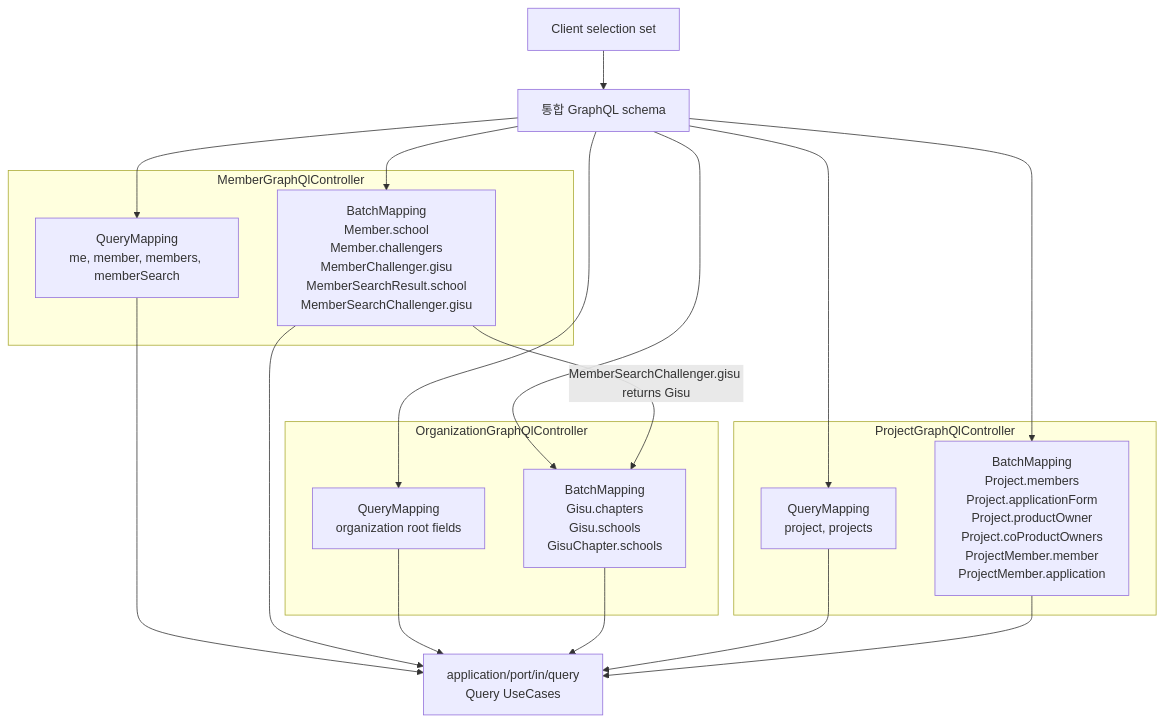
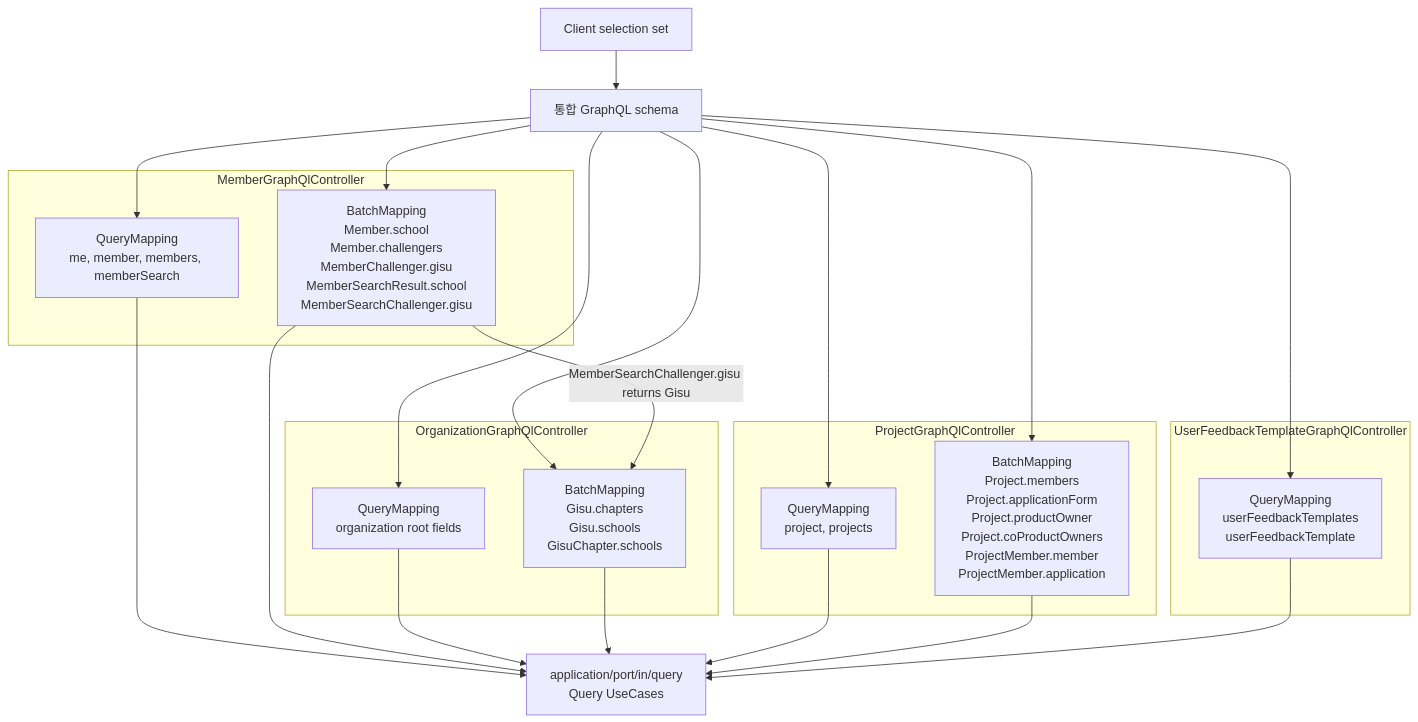
The third of 3 diagrams in docs/onboarding/graphql.md (UMC-PRODUCT/cygnus-server), drawn with Mermaid before and after one commit. The commit also changed other lines of this file and 1 other file, not shown here.

First line of the commit message:
docs(graphql): document feedback template queries

````diff
--- a/docs/onboarding/graphql.md
+++ b/docs/onboarding/graphql.md
@@ -131,39 +188,45 @@
 ```mermaid
 flowchart TB
     CLIENT["Client selection set"]
     SCHEMA["통합 GraphQL schema"]
 
     subgraph MEMBER_ADAPTER["MemberGraphQlController"]
         MEMBER_QUERY["QueryMapping<br/>me, member, members, memberSearch"]
         MEMBER_BATCH["BatchMapping<br/>Member.school<br/>Member.challengers<br/>MemberChallenger.gisu<br/>MemberSearchResult.school<br/>MemberSearchChallenger.gisu"]
     end
 
     subgraph ORG_ADAPTER["OrganizationGraphQlController"]
         ORG_QUERY["QueryMapping<br/>organization root fields"]
         ORG_BATCH["BatchMapping<br/>Gisu.chapters<br/>Gisu.schools<br/>GisuChapter.schools"]
     end
 
     subgraph PROJECT_ADAPTER["ProjectGraphQlController"]
         PROJECT_QUERY["QueryMapping<br/>project, projects"]
         PROJECT_BATCH["BatchMapping<br/>Project.members<br/>Project.applicationForm<br/>Project.productOwner<br/>Project.coProductOwners<br/>ProjectMember.member<br/>ProjectMember.application"]
     end
 
+    subgraph FEEDBACK_ADAPTER["UserFeedbackTemplateGraphQlController"]
+        FEEDBACK_QUERY["QueryMapping<br/>userFeedbackTemplates<br/>userFeedbackTemplate"]
+    end
+
     PORTS["application/port/in/query<br/>Query UseCases"]
 
     CLIENT --> SCHEMA
     SCHEMA --> MEMBER_QUERY
     SCHEMA --> ORG_QUERY
     SCHEMA --> PROJECT_QUERY
     SCHEMA --> MEMBER_BATCH
     SCHEMA --> ORG_BATCH
     SCHEMA --> PROJECT_BATCH
+    SCHEMA --> FEEDBACK_QUERY
 
     MEMBER_QUERY --> PORTS
     MEMBER_BATCH --> PORTS
     ORG_QUERY --> PORTS
     ORG_BATCH --> PORTS
     PROJECT_QUERY --> PORTS
     PROJECT_BATCH --> PORTS
+    FEEDBACK_QUERY --> PORTS
 
     MEMBER_BATCH -->|"MemberSearchChallenger.gisu returns Gisu"| ORG_BATCH
 ```
````
